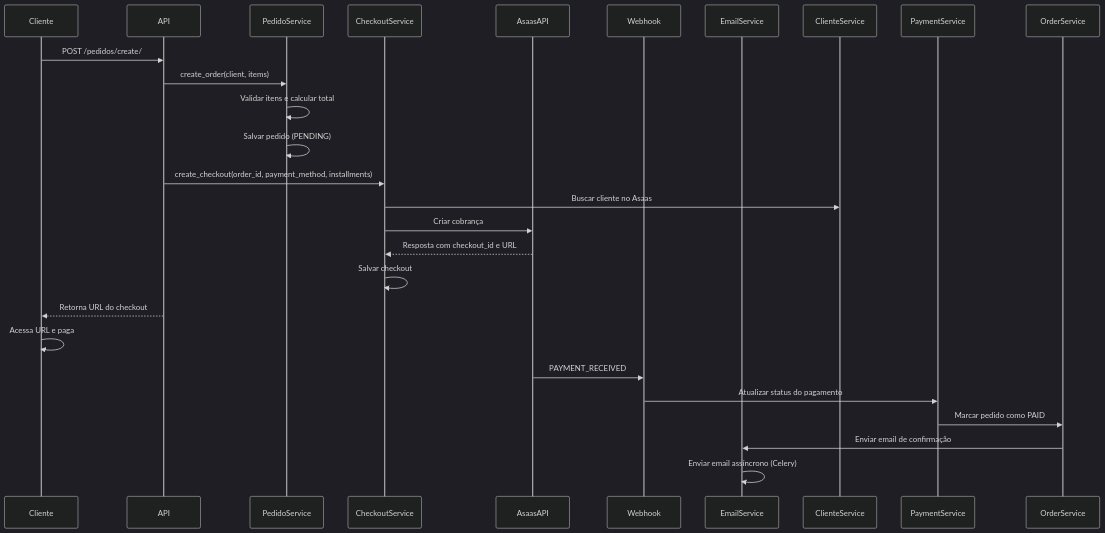
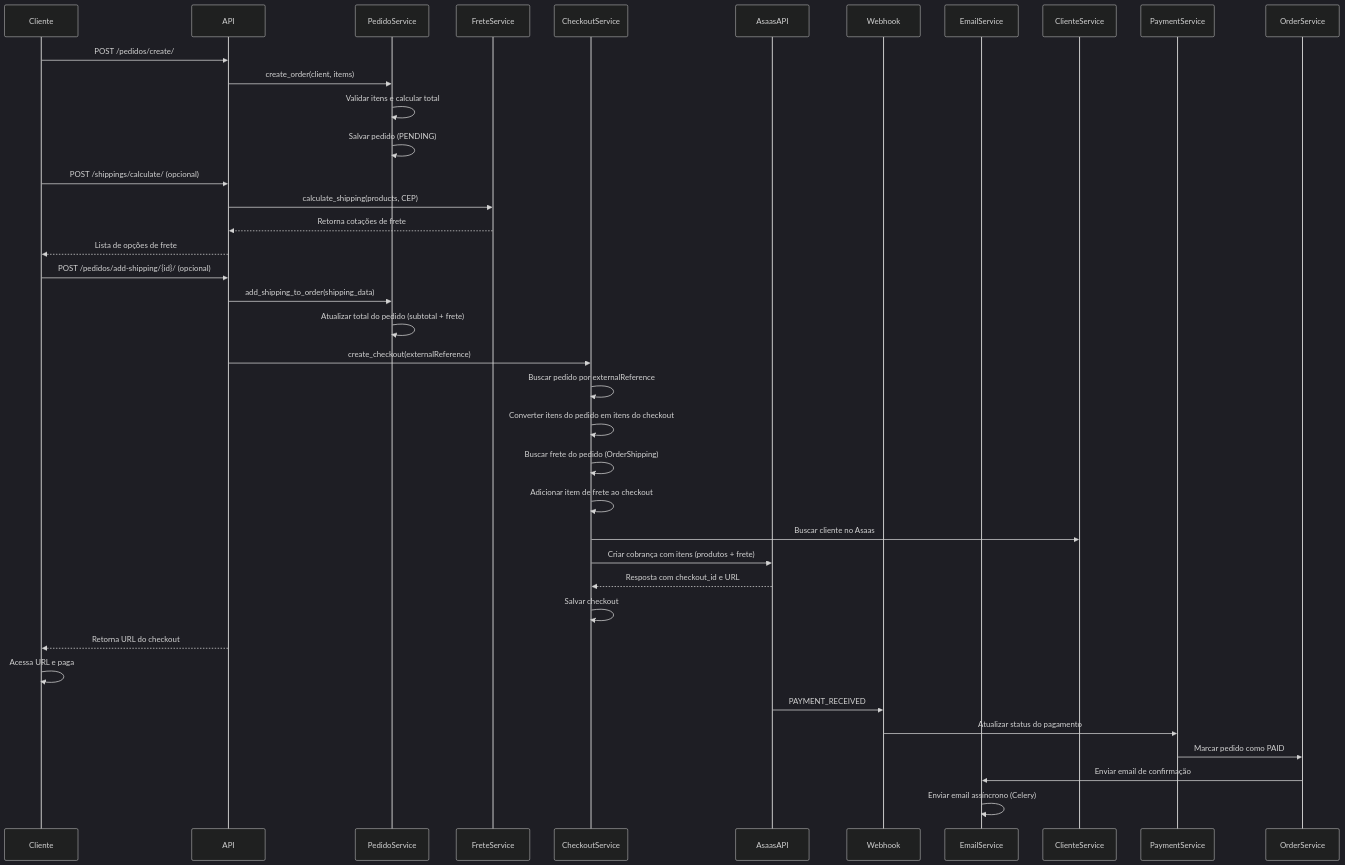
Before and after one commit to Olival42/Backend-Logani: the first of 5 diagrams in DOCUMENTACAO_TECNICA_FLUXO_API.md, drawn with Mermaid (dark theme). The commit also changed other lines of this file and 1 other file, not shown here.

Commit message:
feat: enhance checkout process by automatically including shipping items and updating token priority logic for improved retrieval from database

````diff
--- a/DOCUMENTACAO_TECNICA_FLUXO_API.md
+++ b/DOCUMENTACAO_TECNICA_FLUXO_API.md
@@ -93,29 +93,43 @@
 ```mermaid
 sequenceDiagram
     participant Cliente
     participant API
     participant PedidoService
+    participant FreteService
     participant CheckoutService
     participant AsaasAPI
     participant Webhook
     participant EmailService
 
     Cliente->>API: POST /pedidos/create/
     API->>PedidoService: create_order(client, items)
     PedidoService->>PedidoService: Validar itens e calcular total
     PedidoService->>PedidoService: Salvar pedido (PENDING)
     
-    API->>CheckoutService: create_checkout(order_id, payment_method, installments)
+    Cliente->>API: POST /shippings/calculate/ (opcional)
+    API->>FreteService: calculate_shipping(products, CEP)
+    FreteService-->>API: Retorna cotações de frete
+    API-->>Cliente: Lista de opções de frete
+    
+    Cliente->>API: POST /pedidos/add-shipping/{id}/ (opcional)
+    API->>PedidoService: add_shipping_to_order(shipping_data)
+    PedidoService->>PedidoService: Atualizar total do pedido (subtotal + frete)
+    
+    API->>CheckoutService: create_checkout(externalReference)
+    CheckoutService->>CheckoutService: Buscar pedido por externalReference
+    CheckoutService->>CheckoutService: Converter itens do pedido em itens do checkout
+    CheckoutService->>CheckoutService: Buscar frete do pedido (OrderShipping)
+    CheckoutService->>CheckoutService: Adicionar item de frete ao checkout
     CheckoutService->>ClienteService: Buscar cliente no Asaas
-    CheckoutService->>AsaasAPI: Criar cobrança
+    CheckoutService->>AsaasAPI: Criar cobrança com itens (produtos + frete)
     AsaasAPI-->>CheckoutService: Resposta com checkout_id e URL
     CheckoutService->>CheckoutService: Salvar checkout
     API-->>Cliente: Retorna URL do checkout
     
     Cliente->>Cliente: Acessa URL e paga
     AsaasAPI->>Webhook: PAYMENT_RECEIVED
     Webhook->>PaymentService: Atualizar status do pagamento
     PaymentService->>OrderService: Marcar pedido como PAID
     OrderService->>EmailService: Enviar email de confirmação
     EmailService->>EmailService: Enviar email assíncrono (Celery)
 ```
````
